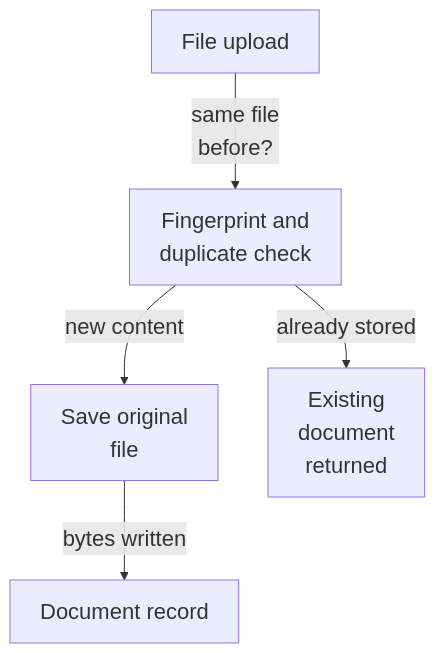
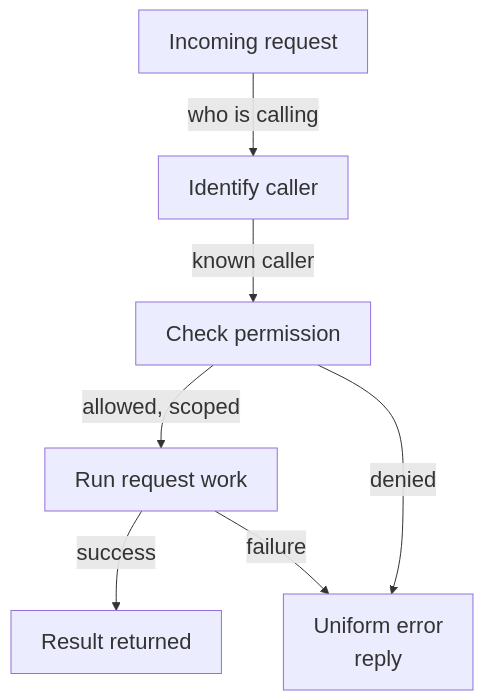
Before and after one commit to Justin-Mendoza/Afterclass: the third of 6 diagrams in README.md, drawn with Mermaid. The commit also changed other lines of this file and 85 other files, not shown here.

````diff
--- a/README.md
+++ b/README.md
@@ -66,13 +67,16 @@
 ```mermaid
 %%{init: {"themeVariables": {"fontSize": "22px"}}}%%
 flowchart TD
-  n0["File upload"]
-  n1["Fingerprint and<br/>duplicate check"]
-  n2["Save original<br/>file"]
-  n3["Document record"]
-  n4["Existing<br/>document<br/>returned"]
-  n0 -->|"same file<br/>before?"| n1
-  n1 -->|"already stored"| n4
-  n1 -->|"new content"| n2
-  n2 -->|"bytes written"| n3
+  n0["Incoming request"]
+  n1["Identify caller"]
+  n2["Check permission"]
+  n3["Run request work"]
+  n4["Result returned"]
+  n5["Uniform error<br/>reply"]
+  n0 -->|"who is calling"| n1
+  n1 -->|"known caller"| n2
+  n2 -->|"allowed, scoped"| n3
+  n3 -->|"success"| n4
+  n3 -->|"failure"| n5
+  n2 -->|"denied"| n5
 ```
````
